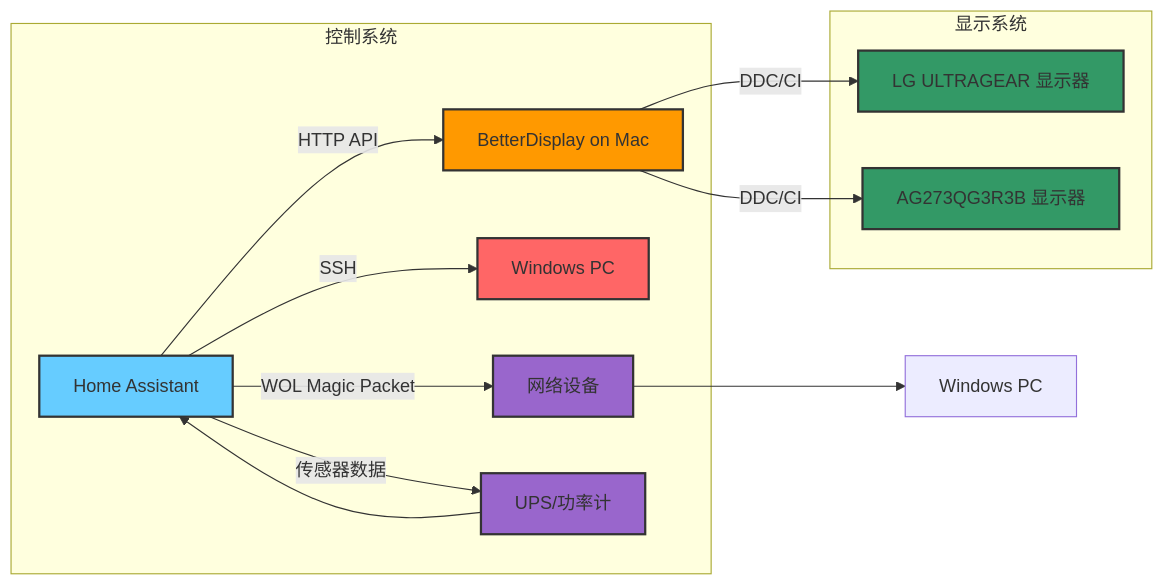
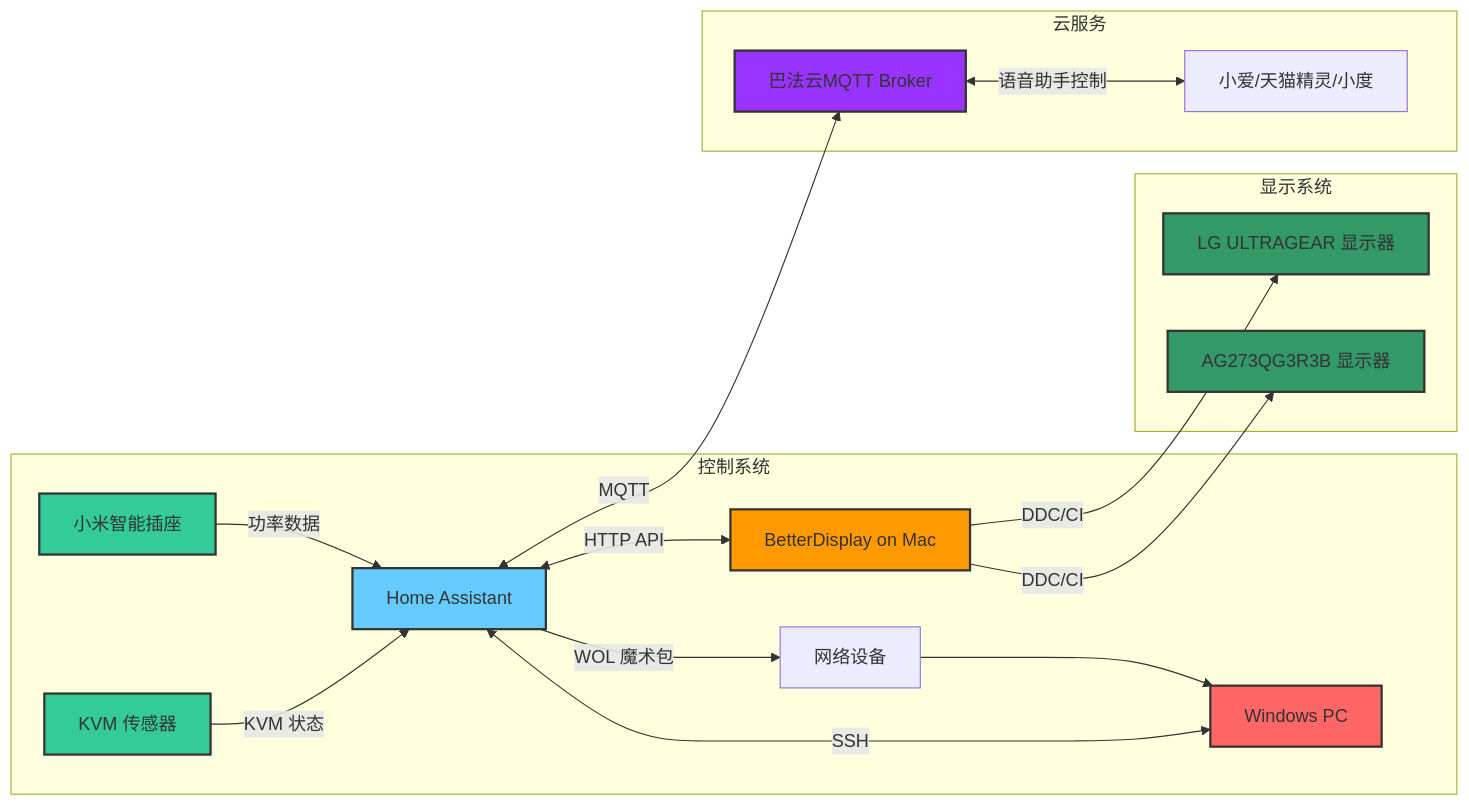
Before and after one commit to 1104092126/YMCC_HomeAssistant: the first of 2 diagrams in readme.md, drawn with Mermaid. The commit also changed other lines of this file and 2 other files, not shown here.

Commit message:
Add BaFaYun voice control support and update working principle diagram

````diff
--- a/readme.md
+++ b/readme.md
@@ -38,32 +38,50 @@
 ```mermaid
 flowchart LR
-    A[Home Assistant] -->|HTTP API| B[BetterDisplay on Mac]
-    B -->|DDC/CI| C[LG ULTRAGEAR 显示器]
-    B -->|DDC/CI| D[AG273QG3R3B 显示器]
-    A -->|SSH| E[Windows PC]
-    A -->|WOL Magic Packet| F[网络设备]
-    F --> G[Windows PC]
-    A -->|传感器数据| H[UPS/功率计]
-    H --> A
+    %% 核心组件
+    A[Home Assistant] <-->|HTTP API| B[BetterDisplay on Mac]
+    A <-->|SSH| C[Windows PC]
+    A -->|WOL 魔术包| D[网络设备]
+    A <-->|MQTT| E[巴法云MQTT Broker]
     
+    %% 传感器组件
+    F[KVM 传感器] -->|KVM 状态| A
+    G[小米智能插座] -->|功率数据| A
+    
+    %% 显示系统
+    B -->|DDC/CI| H[LG ULTRAGEAR 显示器]
+    B -->|DDC/CI| I[AG273QG3R3B 显示器]
+    
+    %% 连接关系
+    D --> C
+    E <-->|语音助手控制| J[小爱/天猫精灵/小度]
+    
+    %% 子图分组
     subgraph 显示系统
-    C
-    D
+    H
+    I
     end
     
     subgraph 控制系统
     A
     B
-    E
+    C
+    D
     F
-    H
+    G
     end
     
+    subgraph 云服务
+    E
+    J
+    end
+    
+    %% 样式设置
     style A fill:#66ccff,stroke:#333,stroke-width:2px
     style B fill:#ff9900,stroke:#333,stroke-width:2px
-    style C fill:#339966,stroke:#333,stroke-width:2px
-    style D fill:#339966,stroke:#333,stroke-width:2px
-    style E fill:#ff6666,stroke:#333,stroke-width:2px
-    style F fill:#9966cc,stroke:#333,stroke-width:2px
-    style H fill:#9966cc,stroke:#333,stroke-width:2px
+    style C fill:#ff6666,stroke:#333,stroke-width:2px
+    style E fill:#9933ff,stroke:#333,stroke-width:2px
+    style F fill:#33cc99,stroke:#333,stroke-width:2px
+    style G fill:#33cc99,stroke:#333,stroke-width:2px
+    style H fill:#339966,stroke:#333,stroke-width:2px
+    style I fill:#339966,stroke:#333,stroke-width:2px
 ```
````
